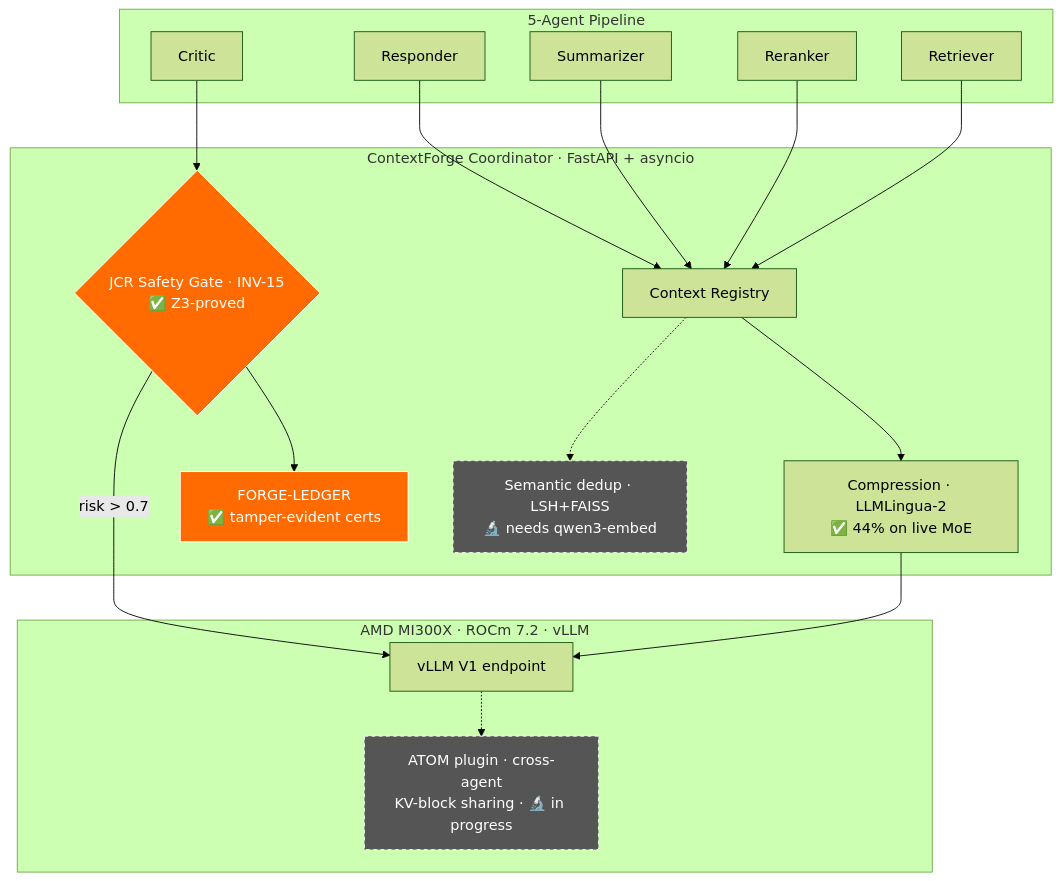
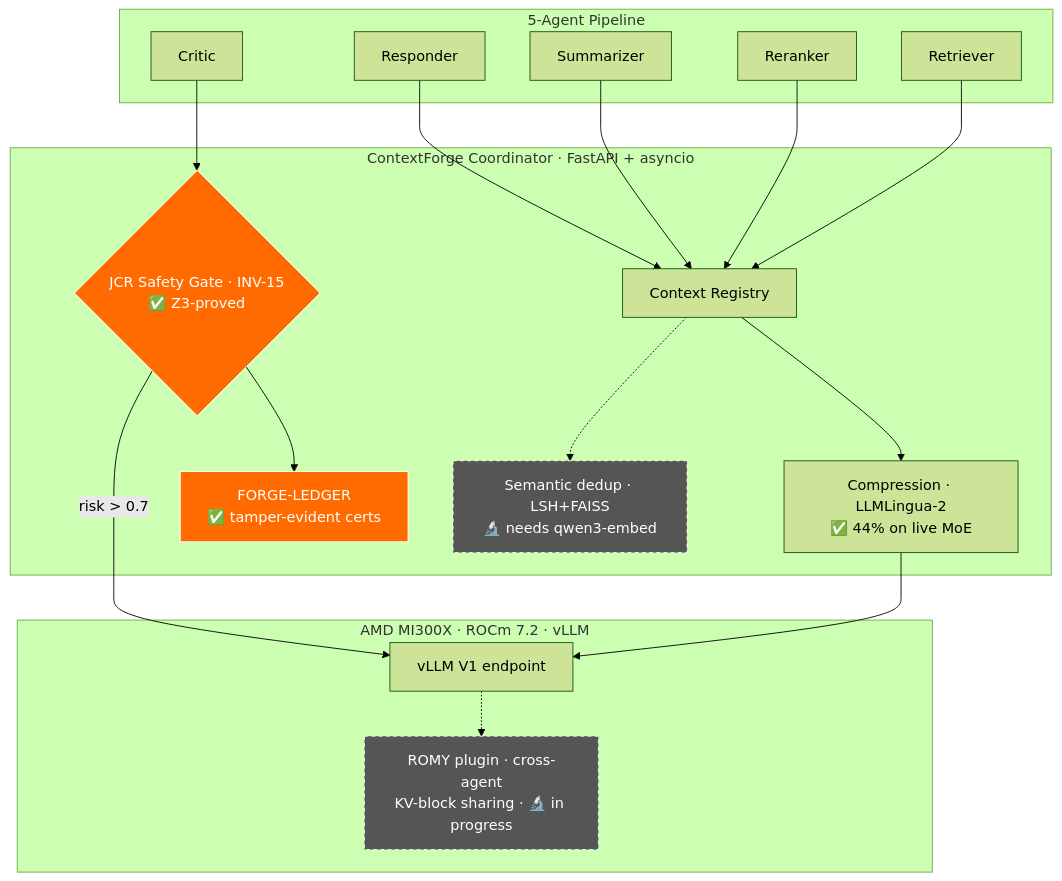
The diagram in README.md (SuarezPM/ContextForge), drawn with Mermaid (forest theme) before and after one commit. The commit also changed other lines of this file and 15 other files, not shown here.

First line of the commit message:
refactor(serving): rename ATOM plugin to ROMY + fix invalid vLLM entry-point group

````diff
--- a/README.md
+++ b/README.md
@@ -100,26 +100,26 @@
 ```mermaid
 flowchart TB
     subgraph Agents["5-Agent Pipeline"]
         A1[Retriever] & A2[Reranker] & A3[Summarizer] & A4[Critic] & A5[Responder]
     end
     subgraph CF["ContextForge Coordinator · FastAPI + asyncio"]
         REG["Context Registry"]
         COMP["Compression · LLMLingua-2<br/>✅ 44% on live MoE"]
         JCR{"JCR Safety Gate · INV-15<br/>✅ Z3-proved"}
         LEDGER["FORGE-LEDGER<br/>✅ tamper-evident certs"]
         DEDUP["Semantic dedup · LSH+FAISS<br/>🔬 needs qwen3-embed"]
     end
     subgraph Serving["AMD MI300X · ROCm 7.2 · vLLM"]
         VLLM["vLLM V1 endpoint"]
-        ATOM["ATOM plugin · cross-agent<br/>KV-block sharing · 🔬 in progress"]
+        ROMY["ROMY plugin · cross-agent<br/>KV-block sharing · 🔬 in progress"]
     end
     A1 & A2 & A3 & A5 --> REG --> COMP --> VLLM
     A4 --> JCR -->|risk > 0.7| VLLM
     JCR --> LEDGER
     REG -.-> DEDUP
-    VLLM -.-> ATOM
+    VLLM -.-> ROMY
     style JCR fill:#FF6B00,stroke:#fff,color:#fff
     style LEDGER fill:#FF6B00,stroke:#fff,color:#fff
-    style ATOM fill:#555,stroke:#fff,color:#fff,stroke-dasharray:4
+    style ROMY fill:#555,stroke:#fff,color:#fff,stroke-dasharray:4
     style DEDUP fill:#555,stroke:#fff,color:#fff,stroke-dasharray:4
 ```
````
